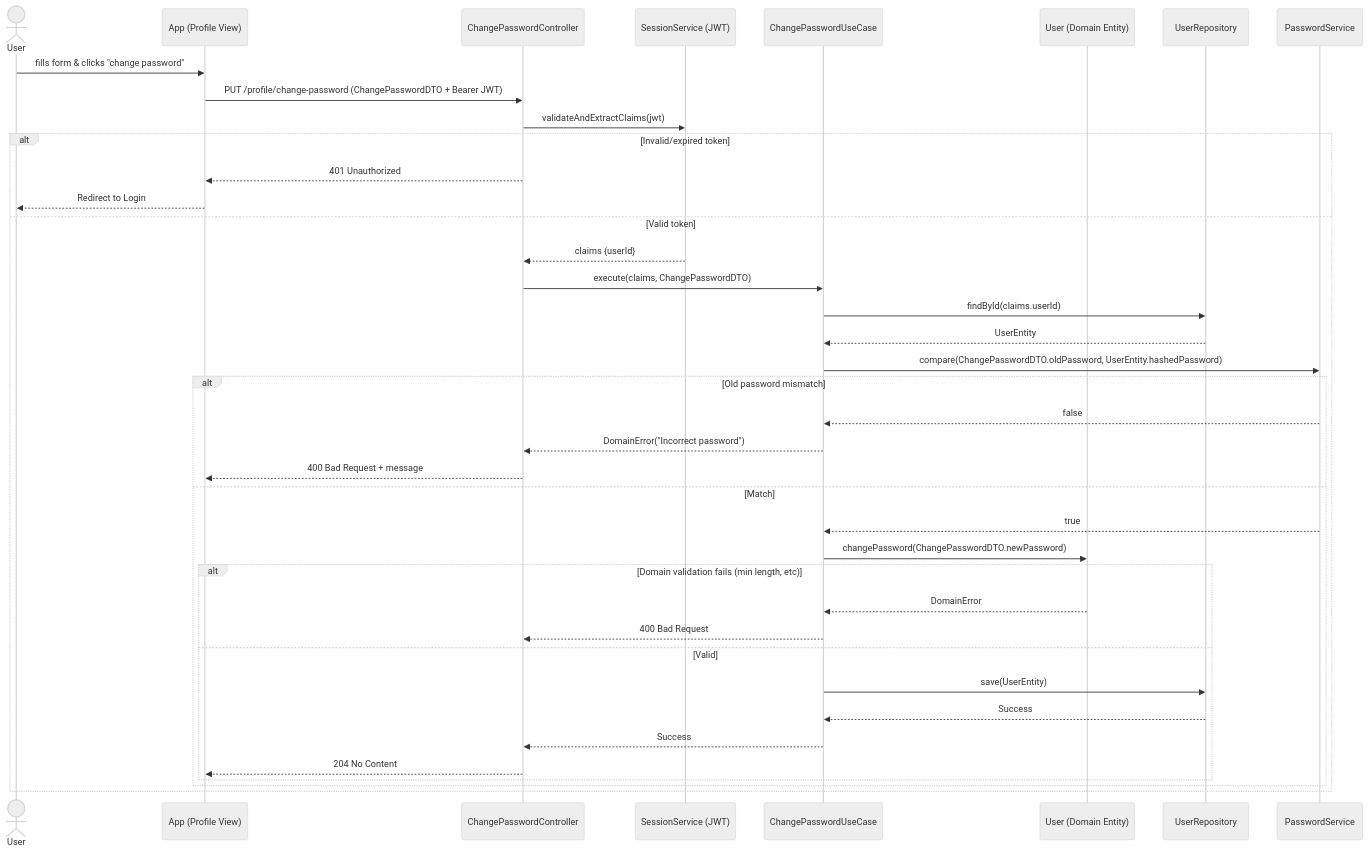
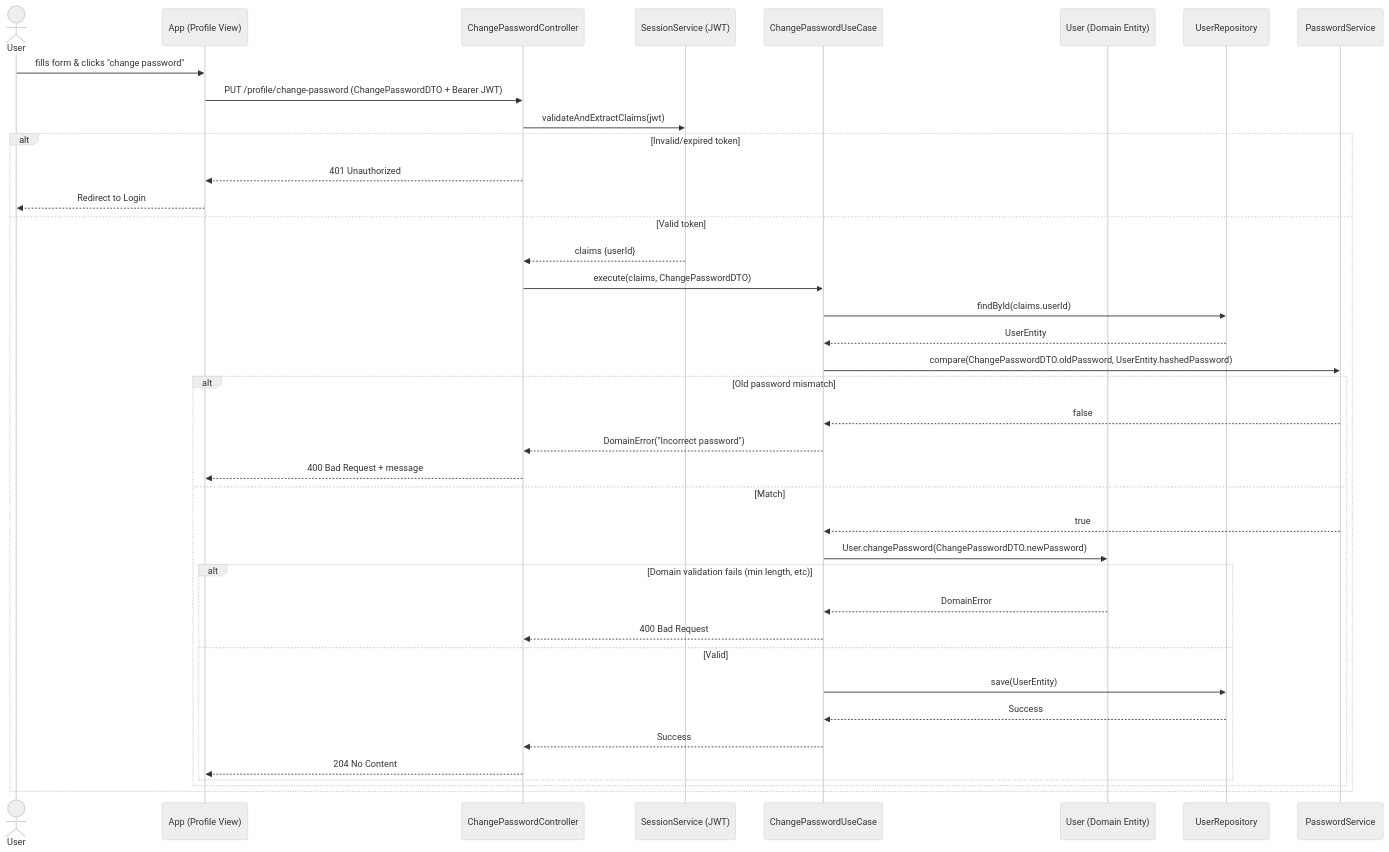
Before and after one commit to Lenninssp/Cannin-Tickets: the second of 3 diagrams in docs/profile.md, drawn with Mermaid (neutral theme). The commit also changed other lines of this file and 2 other files, not shown here.

````diff
--- a/docs/profile.md
+++ b/docs/profile.md
@@ -40,48 +41,48 @@
 ```mermaid
 sequenceDiagram
   actor User
   participant UI as App (Profile View)
   participant Controller as ChangePasswordController
   participant Session as SessionService (JWT)
   participant UseCase as ChangePasswordUseCase
   participant UserEntity as User (Domain Entity)
   participant UserRepo as UserRepository
   participant Hashing as PasswordService
 
   User->>UI: fills form & clicks "change password"
   UI->>Controller: PUT /profile/change-password (ChangePasswordDTO + Bearer JWT)
 
   Controller->>Session: validateAndExtractClaims(jwt)
   alt Invalid/expired token
       Controller-->>UI: 401 Unauthorized
       UI-->>User: Redirect to Login
   else Valid token
       Session-->>Controller: claims {userId}
       Controller->>UseCase: execute(claims, ChangePasswordDTO)
 
       UseCase->>UserRepo: findById(claims.userId)
       UserRepo-->>UseCase: UserEntity
 
       UseCase->>Hashing: compare(ChangePasswordDTO.oldPassword, UserEntity.hashedPassword)
       alt Old password mismatch
           Hashing-->>UseCase: false
           UseCase-->>Controller: DomainError("Incorrect password")
           Controller-->>UI: 400 Bad Request + message
       else Match
           Hashing-->>UseCase: true
-          UseCase->>UserEntity: changePassword(ChangePasswordDTO.newPassword)
+          UseCase->>UserEntity: User.changePassword(ChangePasswordDTO.newPassword)
 
           alt Domain validation fails (min length, etc)
               UserEntity-->>UseCase: DomainError
               UseCase-->>Controller: 400 Bad Request
           else Valid
               UseCase->>UserRepo: save(UserEntity)
               UserRepo-->>UseCase: Success
 
               UseCase-->>Controller: Success
               Controller-->>UI: 204 No Content
           end
       end
   end
 
 ```
````
